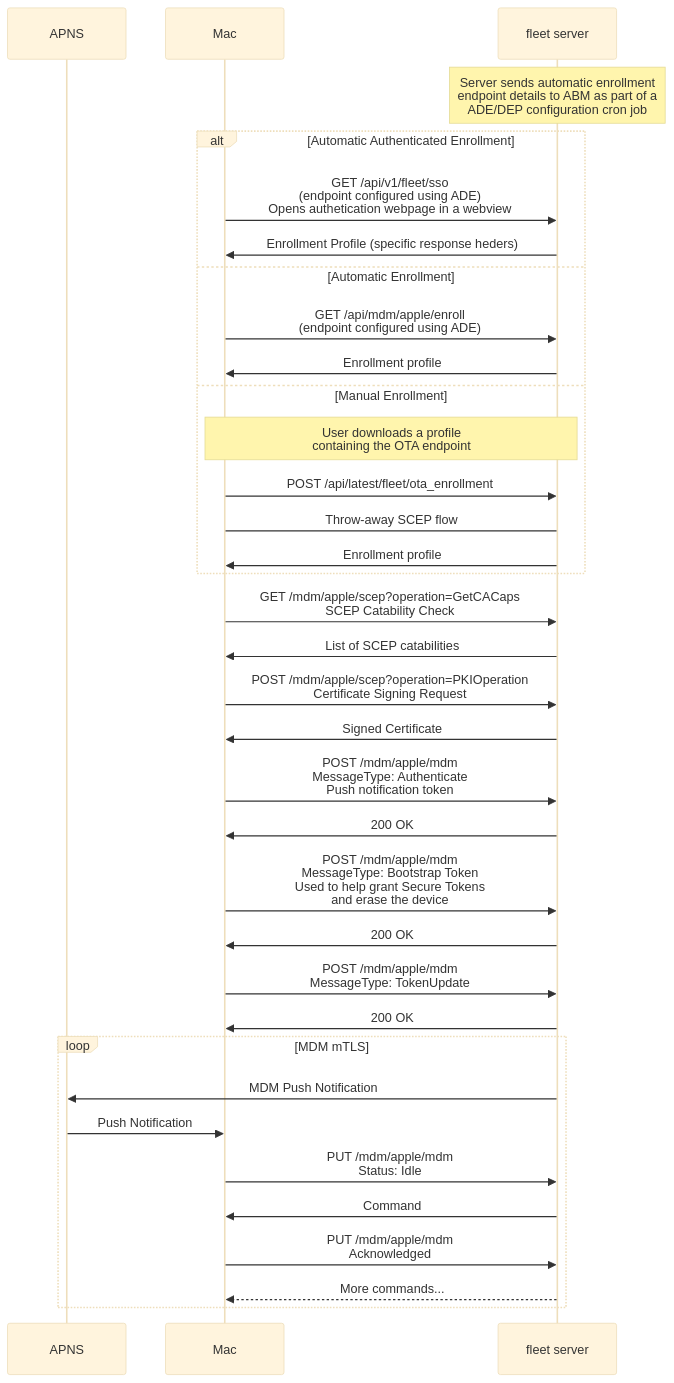
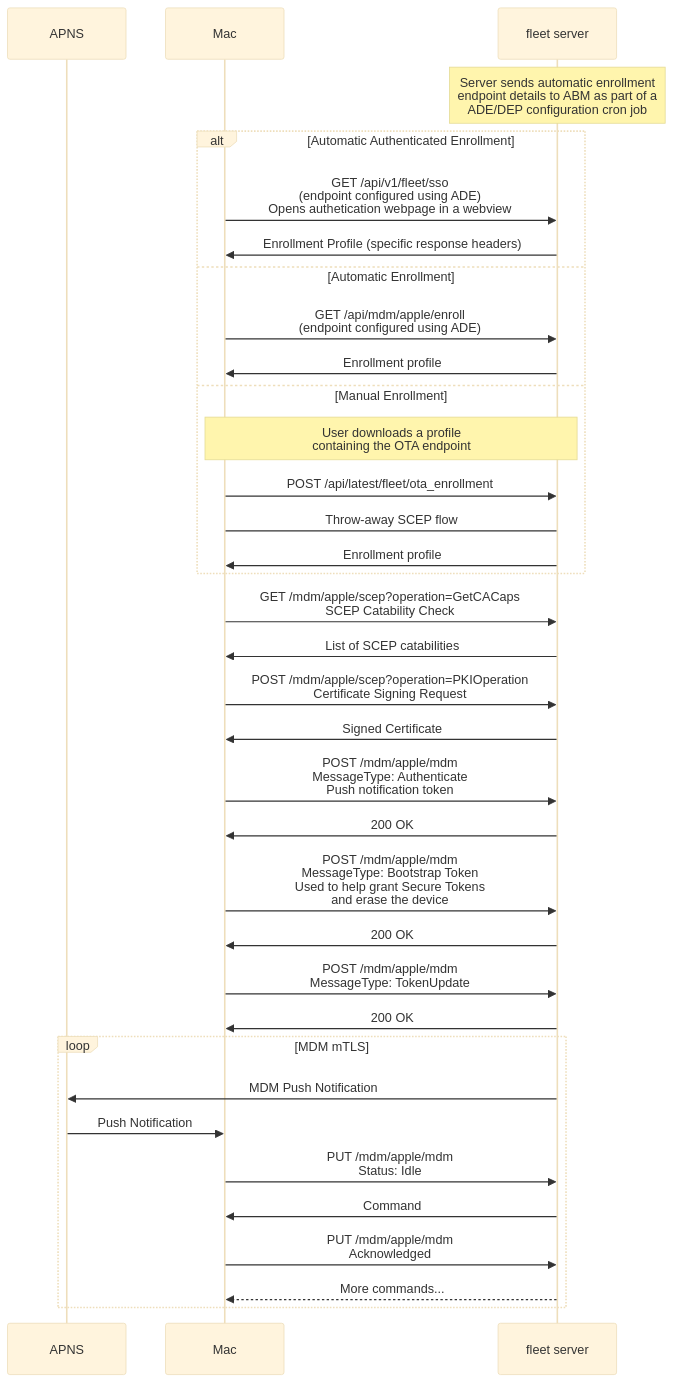
One commit to fleetdm/fleet changed the diagram in tools/mdm/apple/glossary-and-protocols.md. Above: the diagram before and after it, drawn with Mermaid (base theme).

````diff
--- a/tools/mdm/apple/glossary-and-protocols.md
+++ b/tools/mdm/apple/glossary-and-protocols.md
@@ -3,44 +3,44 @@
 ```mermaid
 sequenceDiagram
     participant apns as APNS
     participant mac as Mac
     participant server as fleet server
 
     note over server: Server sends automatic enrollment<br/>endpoint details to ABM as part of a<br/>ADE/DEP configuration cron job
     alt Automatic Authenticated Enrollment
         mac->>server: GET /api/v1/fleet/sso<br/>(endpoint configured using ADE)<br/>Opens authetication webpage in a webview
-        server->>mac: Enrollment Profile (specific response heders)
+        server->>mac: Enrollment Profile (specific response headers)
     else Automatic Enrollment
         mac->>server: GET /api/mdm/apple/enroll<br/>(endpoint configured using ADE)
         server->>mac: Enrollment profile
     else Manual Enrollment
         note over mac,server: User downloads a profile<br/>containing the OTA endpoint
         mac->>server: POST /api/latest/fleet/ota_enrollment
         mac->server: Throw-away SCEP flow
         server->>mac: Enrollment profile
     end
 
     mac->>server: GET /mdm/apple/scep?operation=GetCACaps<br/>SCEP Catability Check
     server->>mac: List of SCEP catabilities
 
     mac->>server: POST /mdm/apple/scep?operation=PKIOperation<br/>Certificate Signing Request
     server->>mac: Signed Certificate
 
     mac->>server: POST /mdm/apple/mdm<br/>MessageType: Authenticate<br/>Push notification token
     server->>mac: 200 OK
 
     mac->>server: POST /mdm/apple/mdm<br/>MessageType: Bootstrap Token<br/>Used to help grant Secure Tokens<br/>and erase the device
     server->>mac: 200 OK
 
     mac->>server: POST /mdm/apple/mdm<br/>MessageType: TokenUpdate
     server->>mac: 200 OK
 
     loop MDM mTLS
         server->>apns: MDM Push Notification
         apns->>mac: Push Notification
         mac->>server: PUT /mdm/apple/mdm<br/>Status: Idle
         server->>mac: Command
         mac->>server: PUT /mdm/apple/mdm<br/>Acknowledged
         server-->>mac: More commands...
     end
 ```
````
